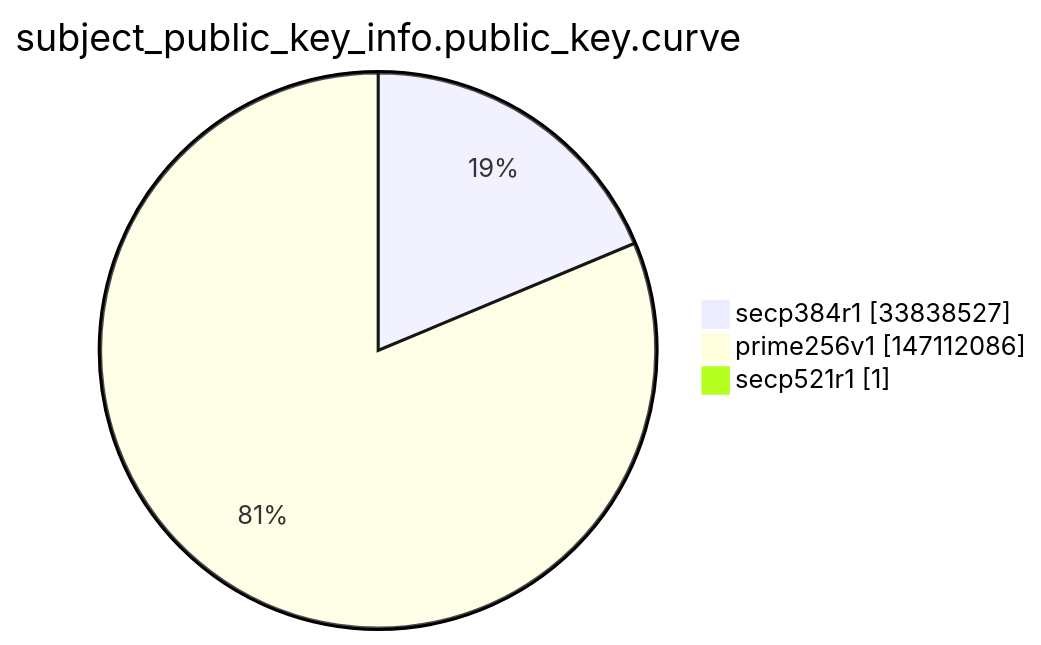
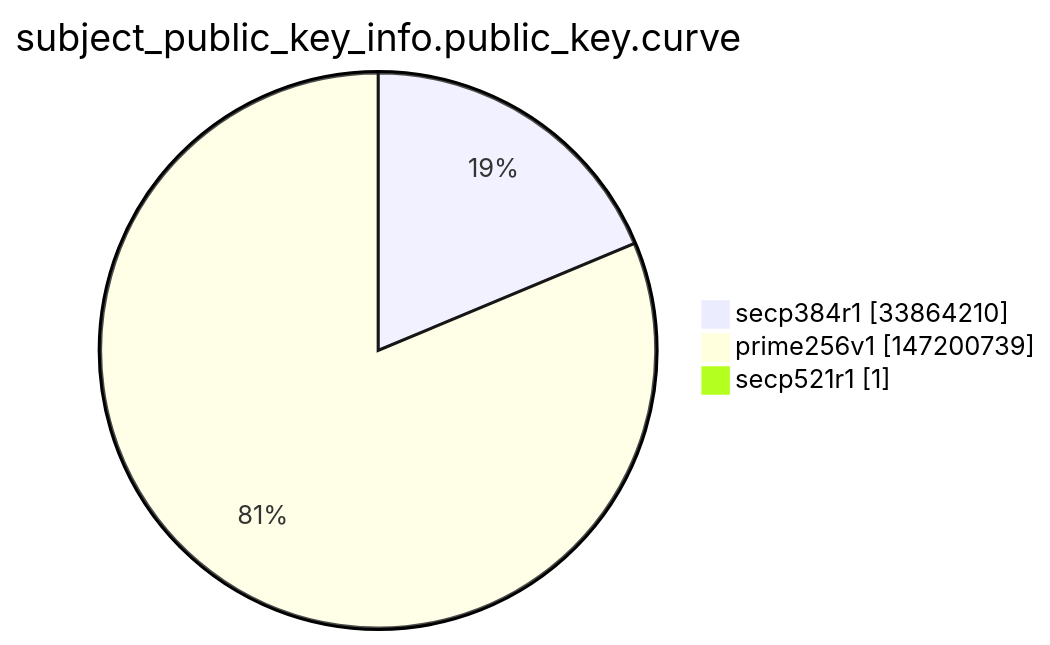
The ninth of 15 diagrams in argon2022/README.md (christiankrug/ctmonitor_visualization), drawn with Mermaid before and after one commit. The commit also changed other lines of this file, not shown here.

````diff
--- a/argon2022/README.md
+++ b/argon2022/README.md
@@ -2764,7 +2764,7 @@
 ```mermaid
 pie showData
 title subject_public_key_info.public_key.curve
-"secp384r1" :33838527
-"prime256v1" :147112086
+"secp384r1" :33864210
+"prime256v1" :147200739
 "secp521r1" :1
 ```
````
